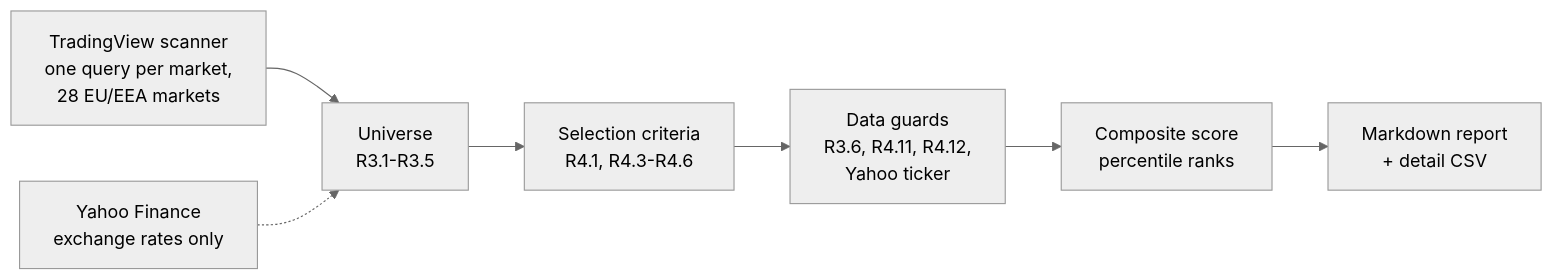
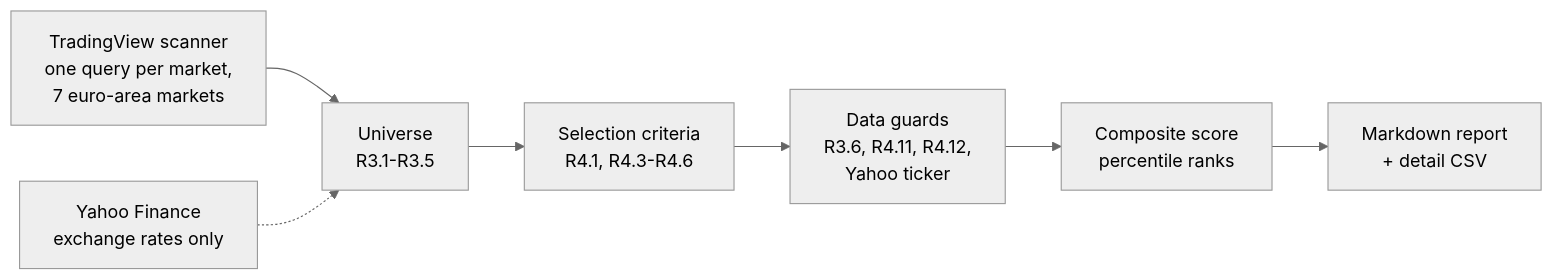
The diagram in README.md (theo-s-bonnet/portfolio-manager-agent), drawn with Mermaid (neutral theme) before and after one commit. The commit also changed other lines of this file and 2 other files, not shown here.

````diff
--- a/README.md
+++ b/README.md
@@ -24,9 +25,9 @@
 ```mermaid
 flowchart LR
-    A[TradingView scanner<br/>one query per market,<br/>28 EU/EEA markets] --> B[Universe<br/>R3.1-R3.5]
+    A[TradingView scanner<br/>one query per market,<br/>7 euro-area markets] --> B[Universe<br/>R3.1-R3.5]
     B --> C[Selection criteria<br/>R4.1, R4.3-R4.6]
     C --> D[Data guards<br/>R3.6, R4.11, R4.12,<br/>Yahoo ticker]
     D --> E[Composite score<br/>percentile ranks]
     E --> F[Markdown report<br/>+ detail CSV]
     Y[Yahoo Finance<br/>exchange rates only] -.-> B
 ```
````
